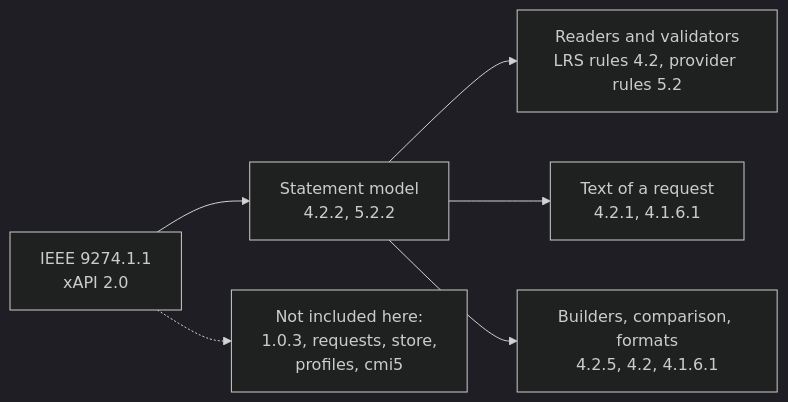
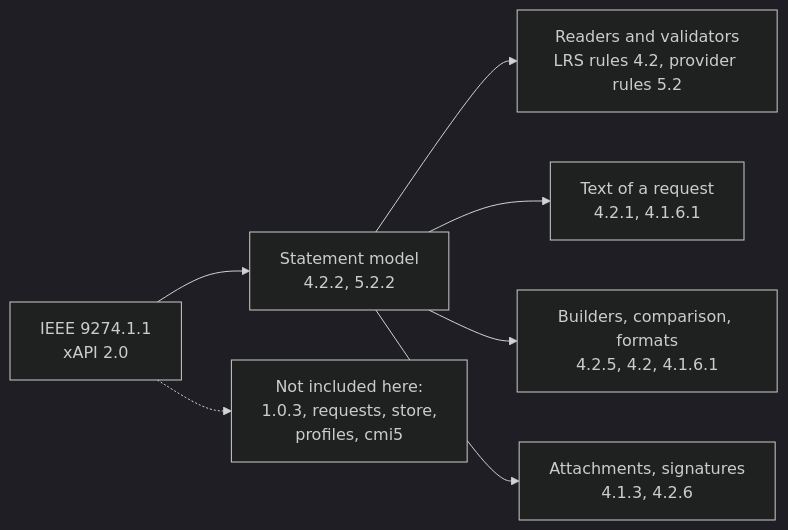
One commit to interopkit/interopkit changed the diagram in docs/learning-records/supported.md. Above: the diagram before and after it, drawn with Mermaid (dark theme). The commit also changed other lines of this file and 41 other files, not shown here.

````diff
--- a/docs/learning-records/supported.md
+++ b/docs/learning-records/supported.md
@@ -6,8 +6,9 @@
 ```mermaid
 flowchart LR
   spec["IEEE 9274.1.1<br/>xAPI 2.0"] --> model["Statement model<br/>4.2.2, 5.2.2"]
   model --> read["Readers and validators<br/>LRS rules 4.2, provider rules 5.2"]
   model --> text["Text of a request<br/>4.2.1, 4.1.6.1"]
   model --> build["Builders, comparison, formats<br/>4.2.5, 4.2, 4.1.6.1"]
+  model --> attach["Attachments, signatures<br/>4.1.3, 4.2.6"]
   spec -.-> outside["Not included here:<br/>1.0.3, requests, store,<br/>profiles, cmi5"]
 ```
````
